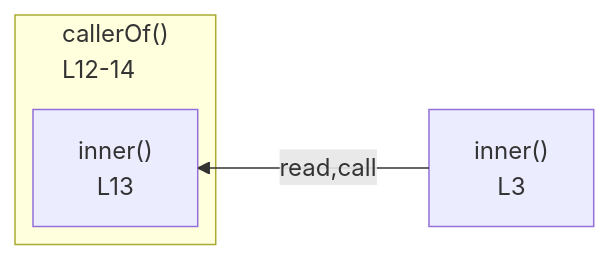
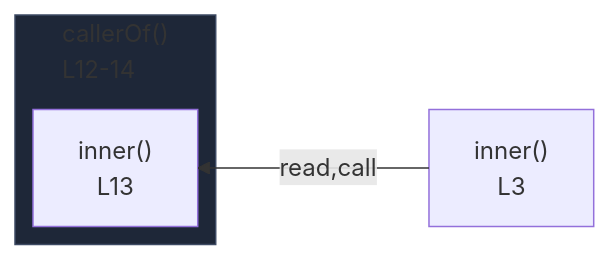
The diagram in integration/fixtures/app-behavior/pruning-and-depth/pruned-depth-inner-A2-B1-d1/preview.md (crescware/unsnarl), drawn with Mermaid before and after one commit. The commit also changed 249 other files, not shown here.

First line of the commit message:
Color Mermaid subgraphs by nesting depth via theme palette

````diff
--- a/integration/fixtures/app-behavior/pruning-and-depth/pruned-depth-inner-A2-B1-d1/preview.md
+++ b/integration/fixtures/app-behavior/pruning-and-depth/pruned-depth-inner-A2-B1-d1/preview.md
@@ -37,11 +37,13 @@
 ```mermaid
 %%{init: {"flowchart": {"defaultRenderer": "elk"}}}%%
 flowchart RL
   %% pruning roots inner=1 ancestors=1 descendants=2
   n_scope_0_inner_29["inner()<br/>L3"]
   subgraph s_scope_4["callerOf()<br/>L12-14"]
     direction RL
     expr_stmt_147["inner()<br/>L13"]
   end
   n_scope_0_inner_29 -->|read,call| expr_stmt_147
+  classDef nestL1 fill:#1e2738,stroke:#3d4a63;
+  class s_scope_4 nestL1;
 ```
````
